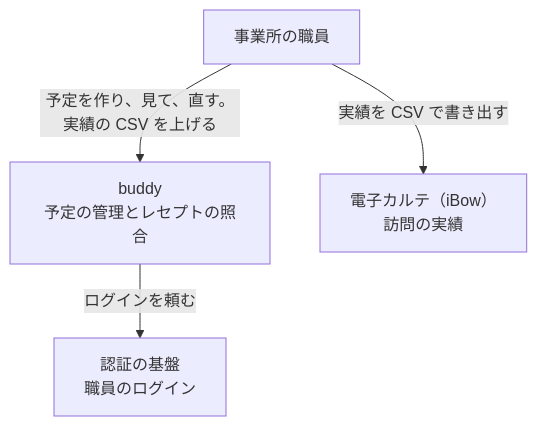
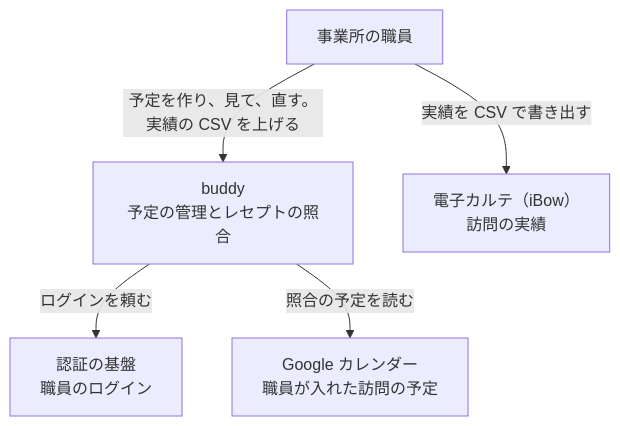
The second of 2 diagrams in docs/PRD.md (Fukuemon/buddy), drawn with Mermaid before and after one commit. The commit also changed other lines of this file, not shown here.

First line of the commit message:
docs: PRD の照合の予定の取得元を Google カレンダーに直す #2

````diff
--- a/docs/PRD.md
+++ b/docs/PRD.md
@@ -111,10 +112,12 @@
 ```mermaid
 flowchart TB
   staff["事業所の職員"]
   buddy["buddy<br/>予定の管理とレセプトの照合"]
   idp["認証の基盤<br/>職員のログイン"]
   emr["電子カルテ（iBow）<br/>訪問の実績"]
+  gcal["Google カレンダー<br/>職員が入れた訪問の予定"]
   staff -- "予定を作り、見て、直す。実績の CSV を上げる" --> buddy
   buddy -- "ログインを頼む" --> idp
   staff -- "実績を CSV で書き出す" --> emr
+  buddy -- "照合の予定を読む" --> gcal
 ```
````
